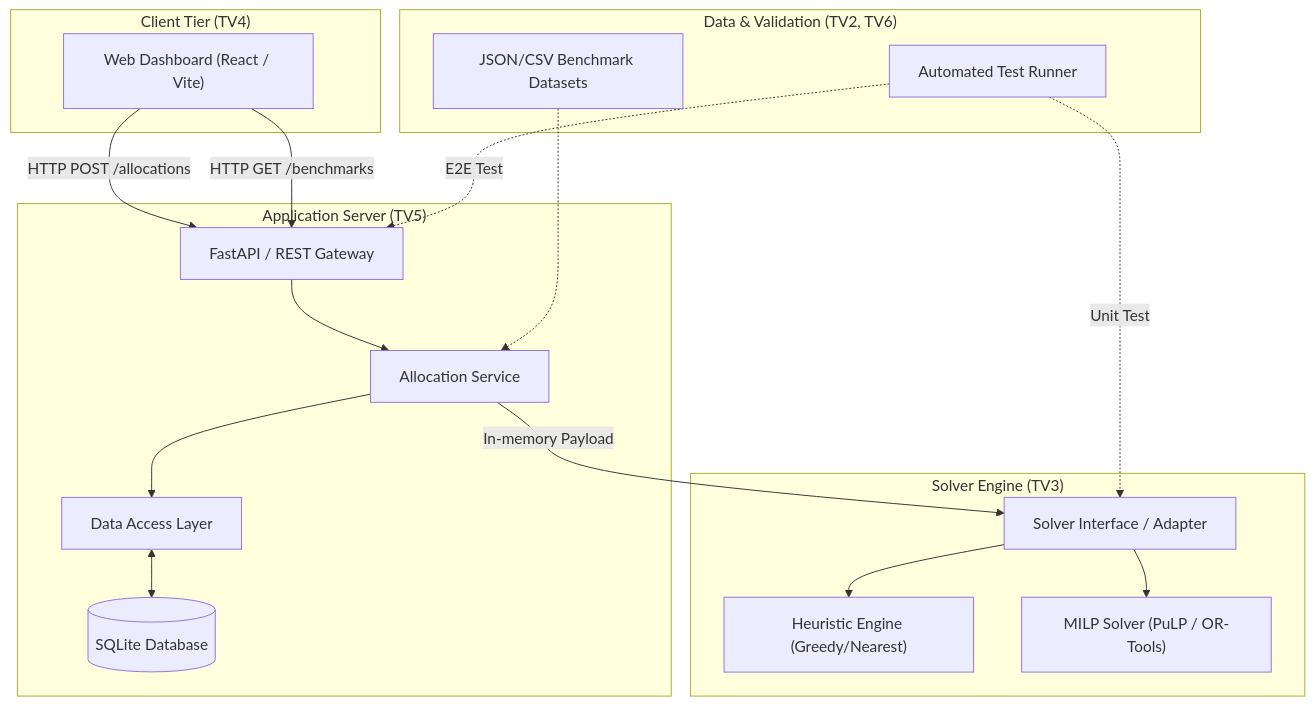
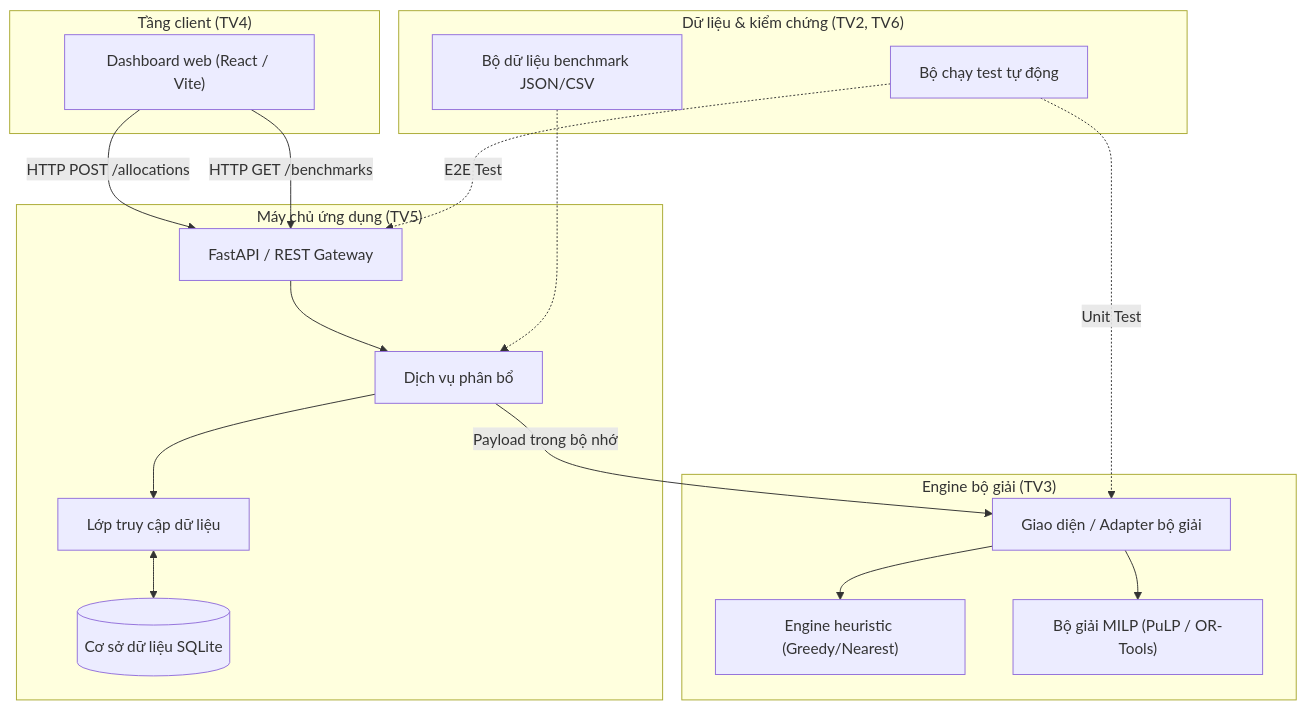
Before and after one commit to NTbankey1/LogiMind: the first of 2 diagrams in docs/architecture.md, drawn with Mermaid. The commit also changed other lines of this file and 23 other files, not shown here.

````diff
--- a/docs/architecture.md
+++ b/docs/architecture.md
@@ -21,36 +18,36 @@
 ```mermaid
 graph TD
-    subgraph Client ["Client Tier (TV4)"]
-        UI["Web Dashboard (React / Vite)"]
+    subgraph Client ["Tầng client (TV4)"]
+        UI["Dashboard web (React / Vite)"]
     end
 
-    subgraph Server ["Application Server (TV5)"]
+    subgraph Server ["Máy chủ ứng dụng (TV5)"]
         API["FastAPI / REST Gateway"]
-        Service["Allocation Service"]
-        Repo["Data Access Layer"]
-        DB[("SQLite Database")]
+        Service["Dịch vụ phân bổ"]
+        Repo["Lớp truy cập dữ liệu"]
+        DB[("Cơ sở dữ liệu SQLite")]
     end
 
-    subgraph Optimization ["Solver Engine (TV3)"]
-        Adapter["Solver Interface / Adapter"]
-        Baseline["Heuristic Engine (Greedy/Nearest)"]
-        MILP["MILP Solver (PuLP / OR-Tools)"]
+    subgraph Optimization ["Engine bộ giải (TV3)"]
+        Adapter["Giao diện / Adapter bộ giải"]
+        Baseline["Engine heuristic (Greedy/Nearest)"]
+        MILP["Bộ giải MILP (PuLP / OR-Tools)"]
     end
 
-    subgraph Fixtures ["Data & Validation (TV2, TV6)"]
-        TestData["JSON/CSV Benchmark Datasets"]
-        TestHarness["Automated Test Runner"]
+    subgraph Fixtures ["Dữ liệu & kiểm chứng (TV2, TV6)"]
+        TestData["Bộ dữ liệu benchmark JSON/CSV"]
+        TestHarness["Bộ chạy test tự động"]
     end
 
     UI -->|HTTP POST /allocations| API
     UI -->|HTTP GET /benchmarks| API
     API --> Service
     Service --> Repo
     Repo <--> DB
-    Service -->|In-memory Payload| Adapter
+    Service -->|Payload trong bộ nhớ| Adapter
     Adapter --> Baseline
     Adapter --> MILP
     TestData -.-> Service
     TestHarness -.->|E2E Test| API
     TestHarness -.->|Unit Test| Adapter
 ```
````
